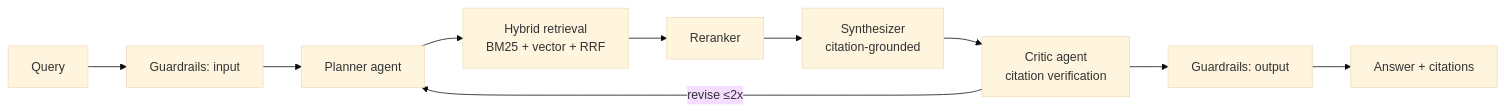
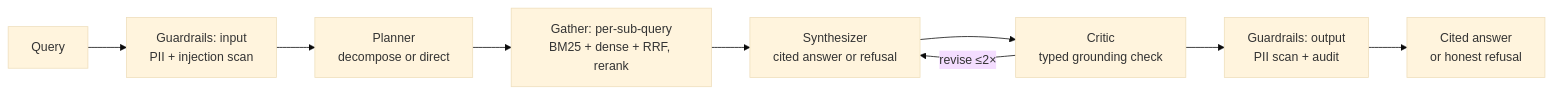
One commit to uehlingeric/agentic-rag changed the diagram in README.md. Above: the diagram before and after it, drawn with Mermaid (base theme). The commit also changed other lines of this file and 3 other files, not shown here.

````diff
--- a/README.md
+++ b/README.md
@@ -13,12 +21,11 @@
 ```mermaid
 flowchart LR
-    Q[Query] --> G[Guardrails: input]
-    G --> P[Planner agent]
-    P --> R[Hybrid retrieval<br/>BM25 + vector + RRF]
-    R --> RR[Reranker]
-    RR --> S[Synthesizer<br/>citation-grounded]
-    S --> C[Critic agent<br/>citation verification]
-    C -->|revise ≤2x| P
-    C --> GO[Guardrails: output]
-    GO --> A[Answer + citations]
+    Q[Query] --> GI[Guardrails: input<br/>PII + injection scan]
+    GI --> P[Planner<br/>decompose or direct]
+    P --> R[Gather: per-sub-query<br/>BM25 + dense + RRF, rerank]
+    R --> S[Synthesizer<br/>cited answer or refusal]
+    S --> C[Critic<br/>typed grounding check]
+    C -->|revise ≤2×| S
+    C --> GO[Guardrails: output<br/>PII scan + audit]
+    GO --> A[Cited answer<br/>or honest refusal]
 ```
````
